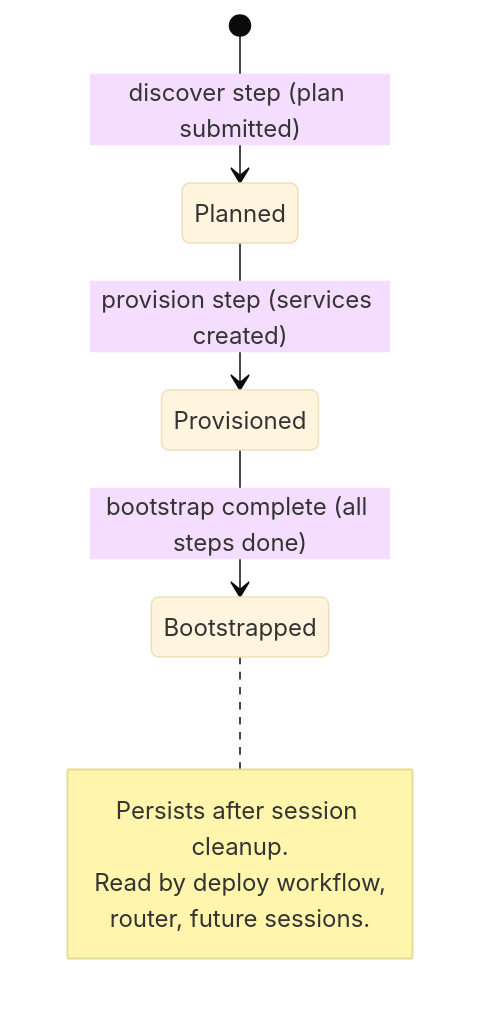
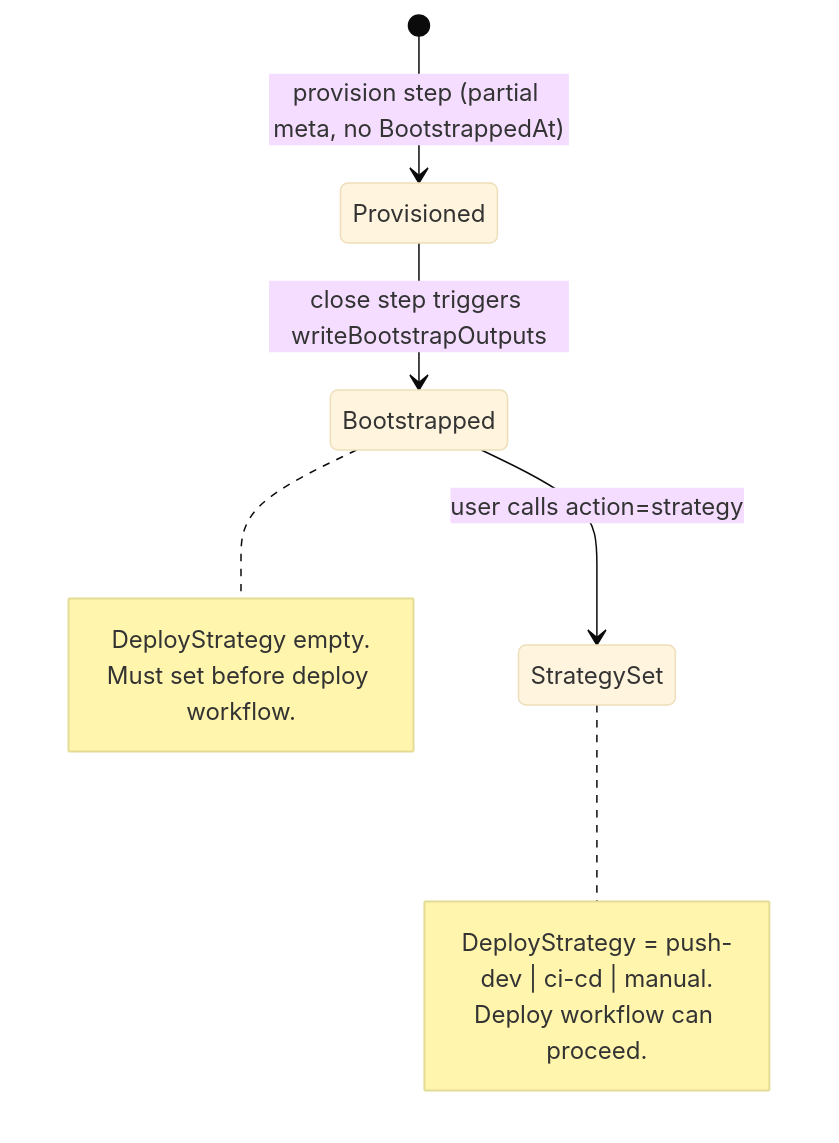
The sixth of 8 diagrams in docs/spec-bootstrap-deploy.md (zeropsio/zcp), drawn with Mermaid (base theme) before and after one commit. The commit also changed other lines of this file and 1 other file, not shown here.

First line of the commit message:
docs: update spec to 5-step bootstrap, add strategy gate, simplify plan

````diff
--- a/docs/spec-bootstrap-deploy.md
+++ b/docs/spec-bootstrap-deploy.md
@@ -749,12 +684,16 @@
 ```mermaid
 stateDiagram-v2
-    [*] --> Planned: discover step (plan submitted)
-    Planned --> Provisioned: provision step (services created)
-    Provisioned --> Bootstrapped: bootstrap complete (all steps done)
+    [*] --> Provisioned: provision step (partial meta, no BootstrappedAt)
+    Provisioned --> Bootstrapped: close step triggers writeBootstrapOutputs
+    Bootstrapped --> StrategySet: user calls action=strategy
 
     note right of Bootstrapped
-        Persists after session cleanup.
-        Read by deploy workflow,
-        router, future sessions.
+        DeployStrategy empty.
+        Must set before deploy workflow.
+    end note
+
+    note right of StrategySet
+        DeployStrategy = push-dev | ci-cd | manual.
+        Deploy workflow can proceed.
     end note
 ```
````
